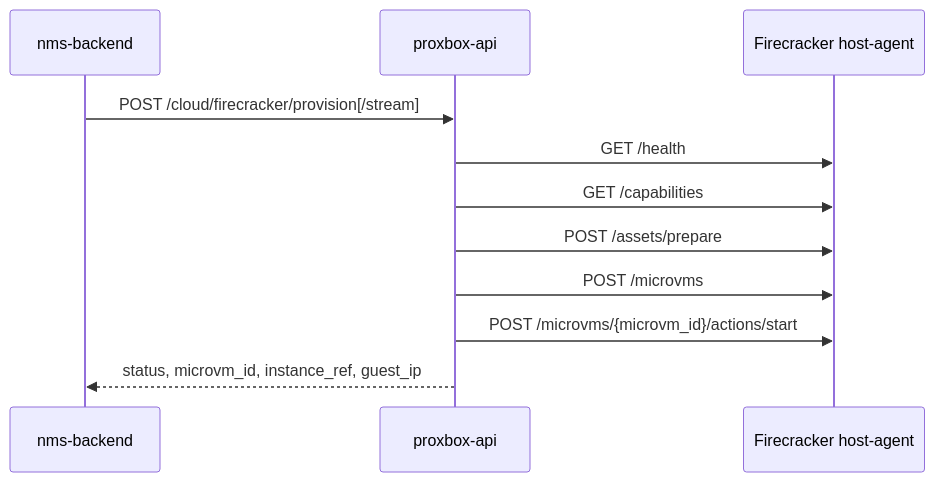
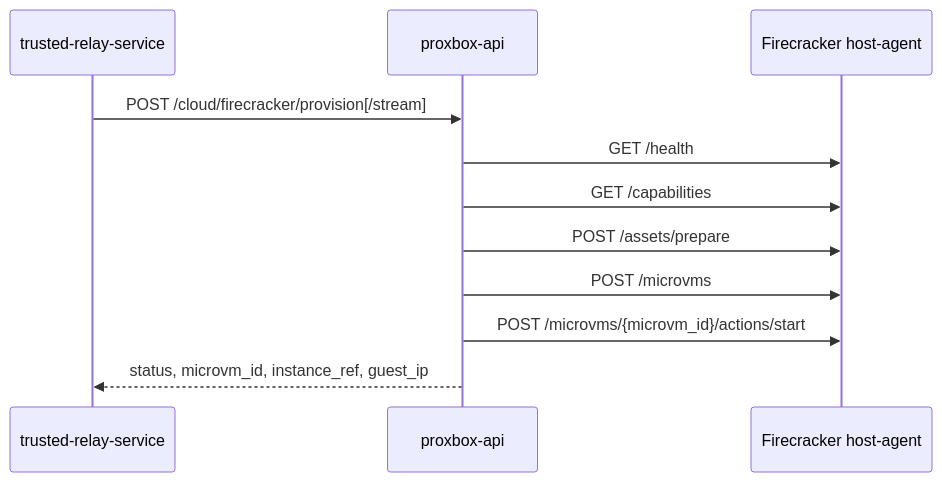
One commit to emersonfelipesp/proxbox-api changed the diagram in docs/operations/firecracker.md. Above: the diagram before and after it, drawn with Mermaid. The commit also changed other lines of this file and 125 other files, not shown here.

````diff
--- a/docs/operations/firecracker.md
+++ b/docs/operations/firecracker.md
@@ -7,14 +7,14 @@
 ```mermaid
 sequenceDiagram
-    participant NMSB as nms-backend
+    participant RELAY as trusted-relay-service
     participant API as proxbox-api
     participant Agent as Firecracker host-agent
 
-    NMSB->>API: POST /cloud/firecracker/provision[/stream]
+    RELAY->>API: POST /cloud/firecracker/provision[/stream]
     API->>Agent: GET /health
     API->>Agent: GET /capabilities
     API->>Agent: POST /assets/prepare
     API->>Agent: POST /microvms
     API->>Agent: POST /microvms/{microvm_id}/actions/start
-    API-->>NMSB: status, microvm_id, instance_ref, guest_ip
+    API-->>RELAY: status, microvm_id, instance_ref, guest_ip
 ```
````
